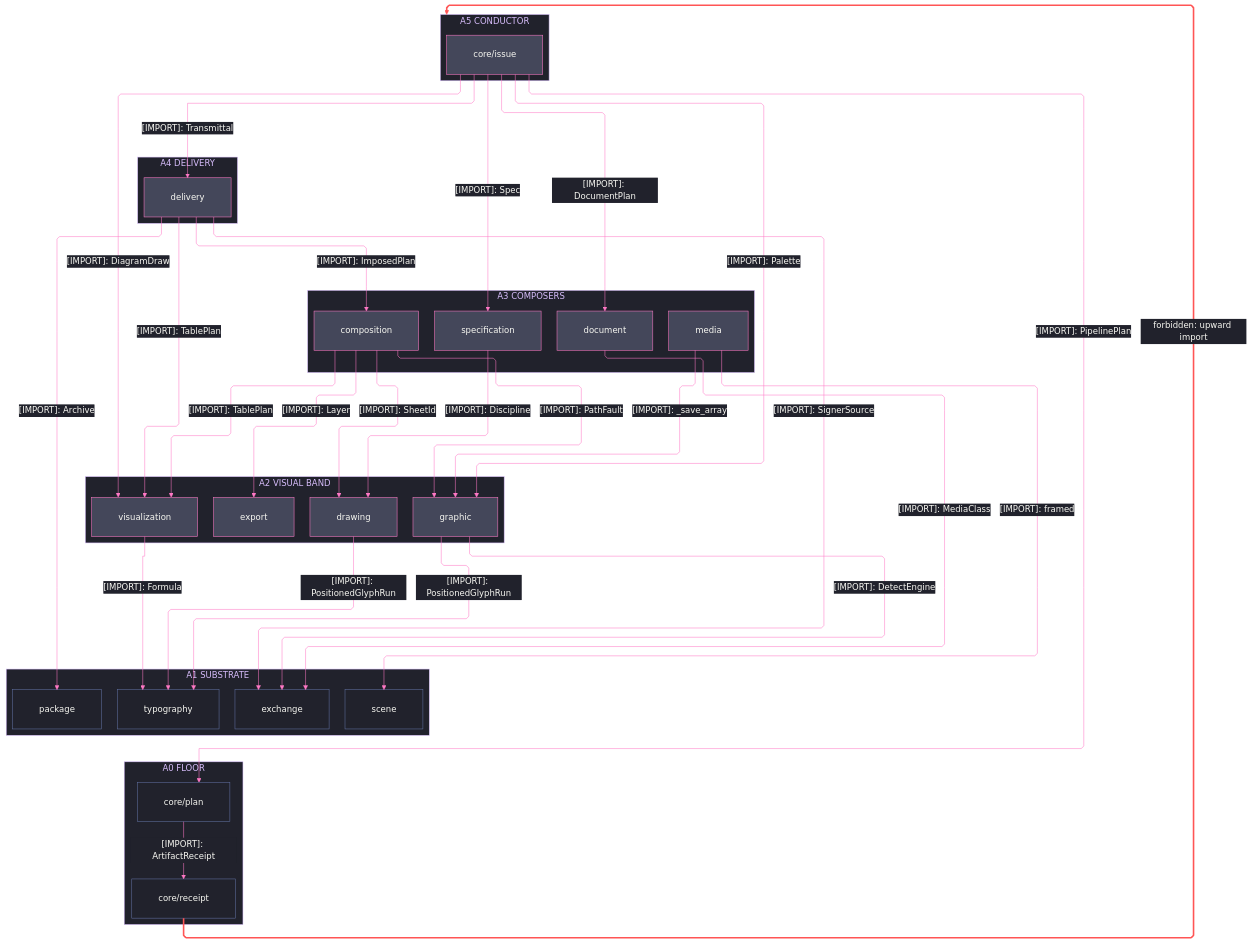
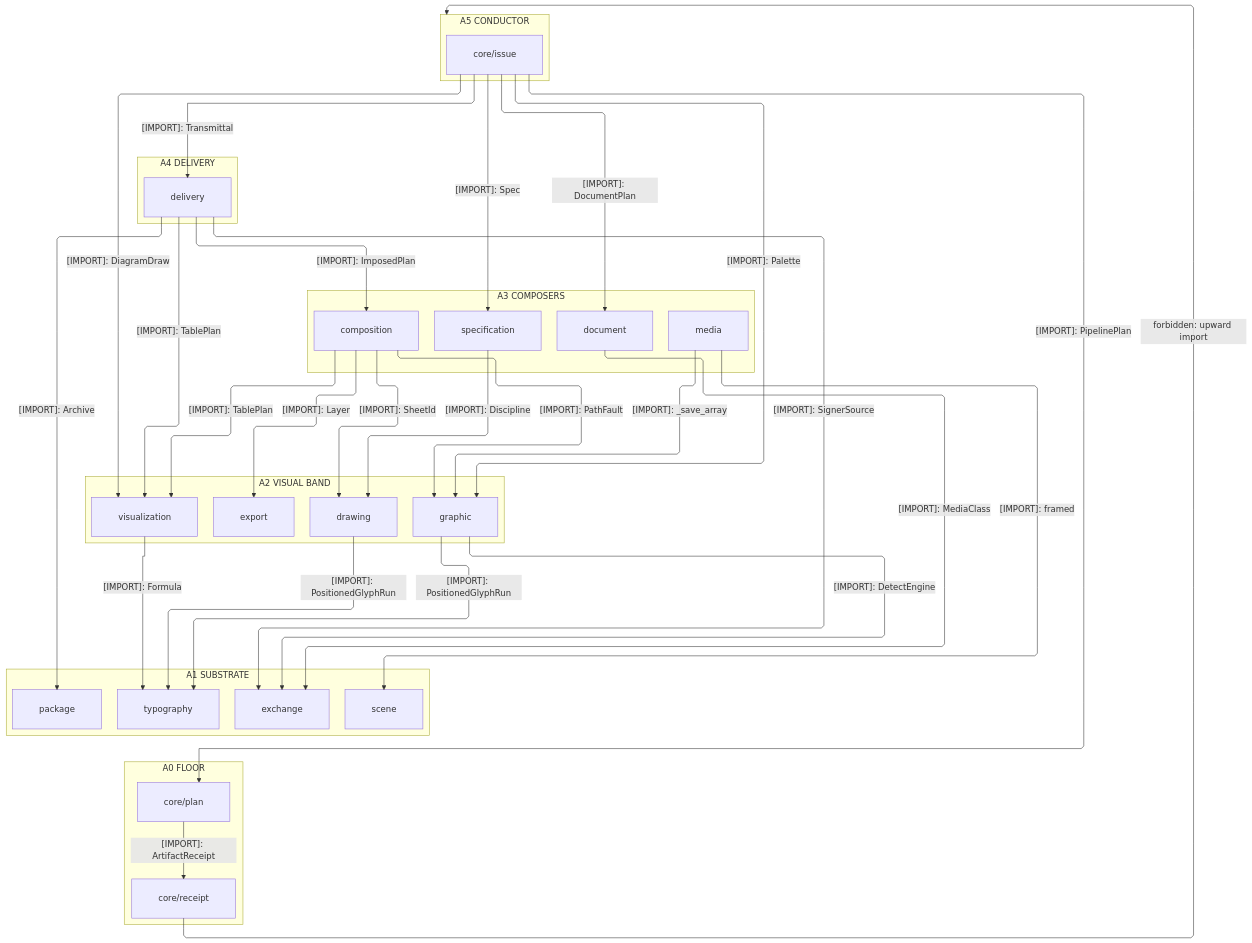
Before and after one commit to bsamiee/Rasm: the third of 3 diagrams in libs/python/artifacts/ARCHITECTURE.md, drawn with Mermaid. The commit also changed other lines of this file and 460 other files, not shown here.

````diff
--- a/libs/python/artifacts/ARCHITECTURE.md
+++ b/libs/python/artifacts/ARCHITECTURE.md
@@ -238,33 +182,14 @@
 ```mermaid
 ---
 config:
-  theme: base
-  look: classic
   layout: elk
   flowchart:
     curve: linear
     padding: 25
-  themeVariables:
-    darkMode: true
-    fontFamily: "SF Mono, Menlo, Cascadia Mono, Segoe UI Mono, Consolas, monospace"
-    useGradient: false
-    dropShadow: "none"
-    background: "#282A36"
-    primaryColor: "#44475A"
-    primaryTextColor: "#F8F8F2"
-    primaryBorderColor: "#BD93F9"
-    lineColor: "#FF79C6"
-    textColor: "#F8F8F2"
-    clusterBkg: "#21222C"
-    clusterBorder: "#D6BCFA"
-    edgeLabelBackground: "#21222C"
-    labelBackgroundColor: "#21222C"
-    titleColor: "#D6BCFA"
-  themeCSS: ".nodeLabel{font-size:13px;font-weight:500}.edgeLabel{font-size:12px;font-weight:500}.cluster-label .nodeLabel{font-size:13.5px;font-weight:700;letter-spacing:.08em}.edge-thickness-normal{stroke-width:2px}.edge-thickness-thick{stroke-width:3px}.edge-pattern-dashed,.edge-pattern-dotted{stroke-width:1.5px;stroke-dasharray:4 6}.node rect,.node circle,.node polygon,.node path,.node .outer-path{stroke-width:1.5px;filter:none!important}.cluster rect{stroke-width:1px!important;stroke-dasharray:5 4!important;filter:none!important}.marker path{transform:scale(.8);transform-origin:5px 5px}.marker circle{transform:scale(.48);transform-origin:5px 5px}.edgeLabel rect{transform-box:fill-box;transform-origin:center;transform:scale(1.1,1.2)}"
 ---
 flowchart TB
     accTitle: Artifacts interior import strata
-    accDescr: Six import strata — the issue conductor over delivery over the composer planes over the visual band over the substrate onto the plan-receipt floor — each labeled downward edge naming its one sourced type, the universal floor rung absorbed to prose, and one forbidden upward edge styled red.
+    accDescr: Six import strata — the issue conductor over delivery over the composer planes over the visual band over the substrate onto the plan-receipt floor — each labeled downward edge naming its one sourced type, the universal floor rung absorbed to prose, and one edge marking the forbidden upward import.
     subgraph A5["A5 CONDUCTOR"]
         Issue[core/issue]
     end
@@ -318,12 +243,4 @@
     Plan s23@-->|"[IMPORT]: ArtifactReceipt"| Receipt
     Typography ~~~ Plan
     Receipt f1@-->|"forbidden: upward import"| A5
-    classDef primary fill:#44475A,stroke:#FF79C6,color:#F8F8F2
-    classDef recessed fill:#21222C,stroke:#6272A4,color:#F8F8F2
-    classDef edgeControl stroke:#FF79C6,color:#F8F8F2
-    classDef edgeError stroke:#FF5555,stroke-width:3px,color:#F8F8F2
-    class Issue,Delivery,Document,Media,Composition,Specification,Graphic,Drawing,Visualization,Export primary
-    class Typography,Exchange,Package,Scene,Plan,Receipt recessed
-    class s1,s2,s3,s4,s5,s6,s7,s8,s9,s10,s11,s12,s13,s14,s15,s16,s17,s18,s19,s20,s21,s22,s23 edgeControl
-    class f1 edgeError
 ```
````
